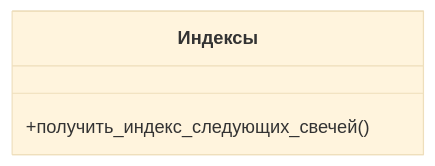
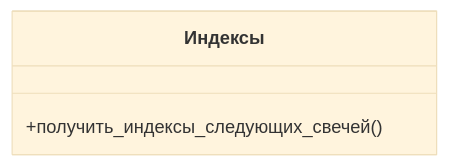
Diagram 12 of 17 in robot-logic.md (Marat22/MiriadRobotDocs), drawn with Mermaid (base theme) before and after one commit. The commit also changed other lines of this file, not shown here.

Commit message:
Добавил диаграммы процессов для `Индексы` и `Сценарии`

````diff
--- a/robot-logic.md
+++ b/robot-logic.md
@@ -342,6 +342,6 @@
 ```mermaid
 classDiagram
   class Индексы{
-    +получить_индекс_следующих_свечей()
+    +получить_индексы_следующих_свечей()
   }
 ```
````
